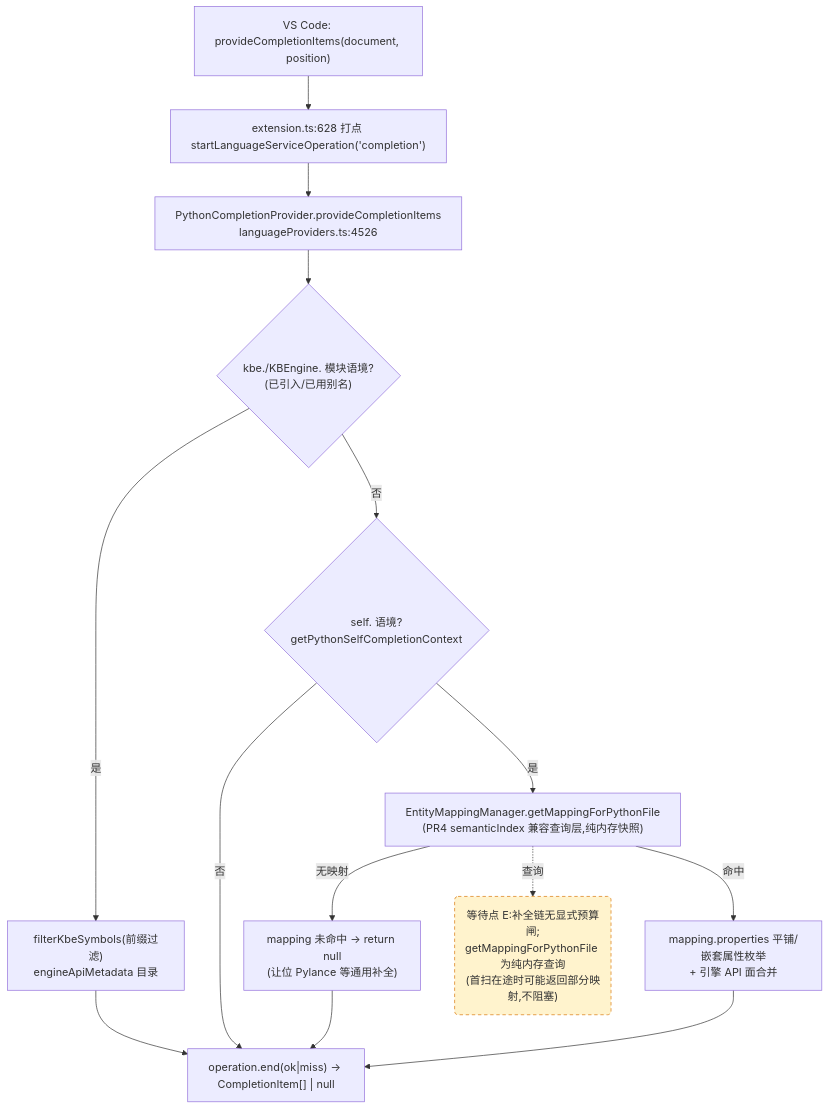
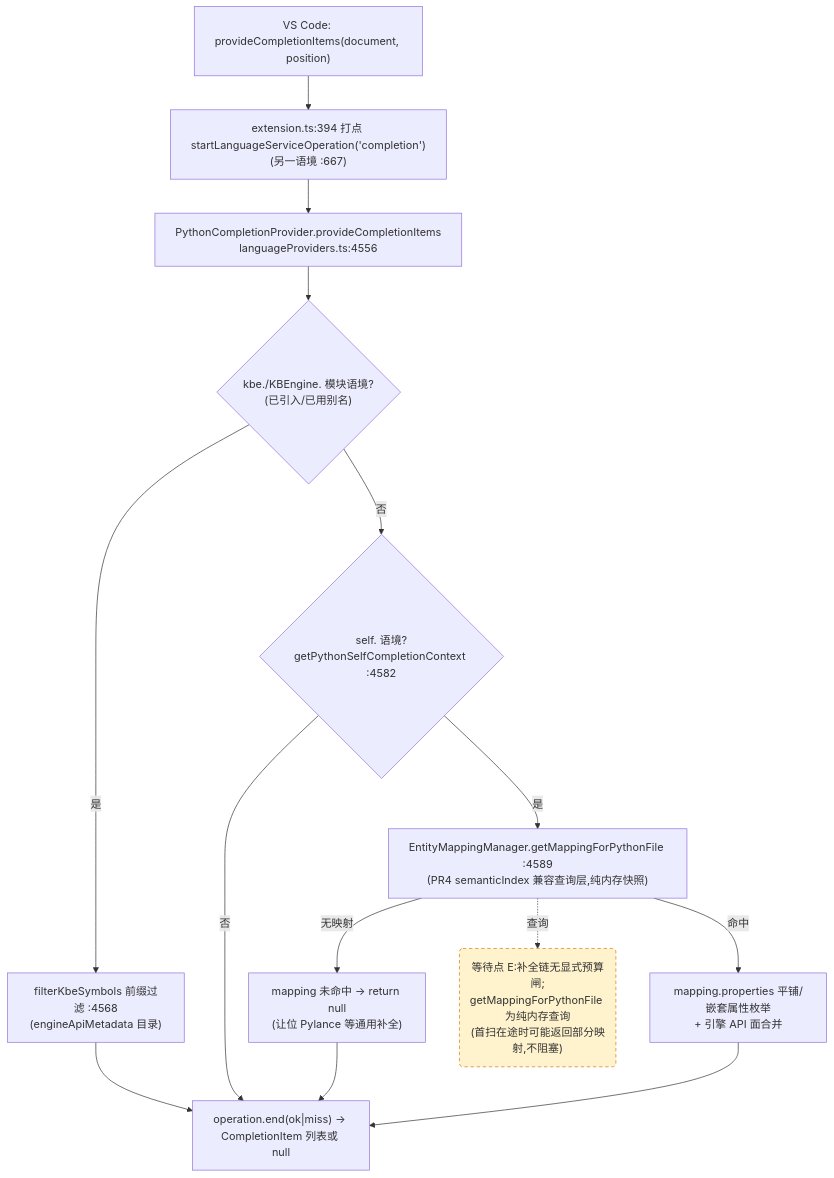
One commit to cuihairu/kode changed the third of 4 diagrams in docs/perf/2026-baseline.md. Above: the diagram before and after it, drawn with Mermaid. The commit also changed other lines of this file and 1 other file, not shown here.

Commit message:
docs: add call chain diagrams to perf baseline

````diff
--- a/docs/perf/2026-baseline.md
+++ b/docs/perf/2026-baseline.md
@@ -180,27 +182,27 @@
 ```mermaid
 flowchart TD
   VC3["VS Code: provideCompletionItems(document, position)"]
-  M3["extension.ts:628 打点 startLanguageServiceOperation('completion')"]
-  CP["PythonCompletionProvider.provideCompletionItems<br/>languageProviders.ts:4526"]
+  M3["extension.ts:394 打点 startLanguageServiceOperation('completion')<br/>(另一语境 :667)"]
+  CP["PythonCompletionProvider.provideCompletionItems<br/>languageProviders.ts:4556"]
   KBEC{"kbe./KBEngine. 模块语境?<br/>(已引入/已用别名)"}
-  FILTER["filterKbeSymbols(前缀过滤)<br/>engineApiMetadata 目录"]
-  SELFC{"self. 语境?<br/>getPythonSelfCompletionContext"}
-  MAP["EntityMappingManager.getMappingForPythonFile<br/>(PR4 semanticIndex 兼容查询层,纯内存快照)"]
+  FILTER["filterKbeSymbols 前缀过滤 :4568<br/>(engineApiMetadata 目录)"]
+  SELFC{"self. 语境?<br/>getPythonSelfCompletionContext :4582"}
+  MAP["EntityMappingManager.getMappingForPythonFile :4589<br/>(PR4 semanticIndex 兼容查询层,纯内存快照)"]
   NOMAP["mapping 未命中 → return null<br/>(让位 Pylance 等通用补全)"]
   PROPS["mapping.properties 平铺/嵌套属性枚举<br/>+ 引擎 API 面合并"]
-  END3["operation.end(ok|miss) → CompletionItem[] | null"]
+  END3["operation.end(ok|miss) → CompletionItem 列表或 null"]
 
   VC3 --> M3 --> CP --> KBEC
   KBEC -- "是" --> FILTER --> END3
   KBEC -- "否" --> SELFC
   SELFC -- "否" --> END3
   SELFC -- "是" --> MAP
   MAP -- "无映射" --> NOMAP --> END3
   MAP -- "命中" --> PROPS --> END3
 
   WAITE("等待点 E:补全链无显式预算闸;<br/>getMappingForPythonFile 为纯内存查询<br/>(首扫在途时可能返回部分映射,不阻塞)")
   MAP -.->|查询| WAITE
 
   classDef waitPoint fill:#fff3cd,stroke:#d97706,stroke-dasharray:5 4;
   class WAITE waitPoint;
 ```
````
